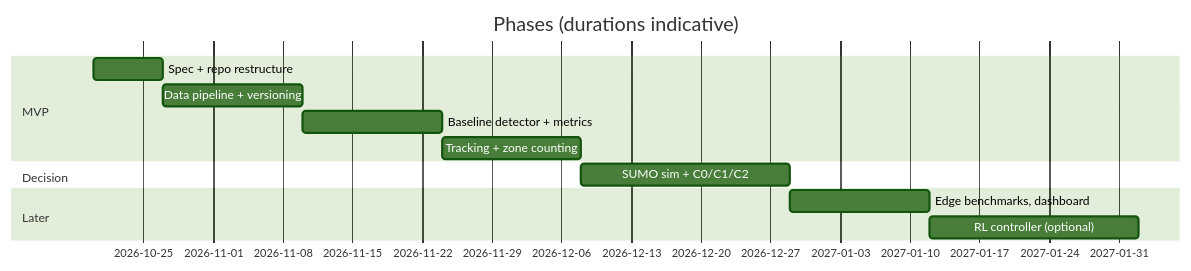
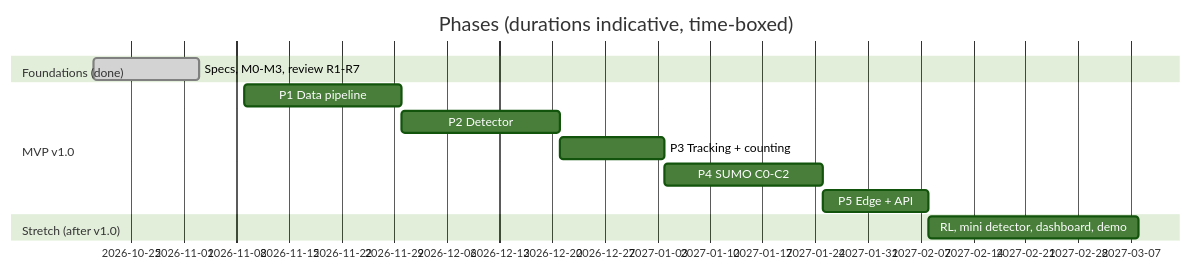
The fifth of 5 diagrams in functional_spec.md (adam04-D/vaso-traffic), drawn with Mermaid (forest theme) before and after one commit. The commit also changed other lines of this file and 10 other files, not shown here.

First line of the commit message:
docs: complete review R1 and R3 to R7, decide MVP and stack (#39)

````diff
--- a/functional_spec.md
+++ b/functional_spec.md
@@ -147,15 +147,15 @@
 ```mermaid
 gantt
     dateFormat  YYYY-MM-DD
-    title Phases (durations indicative)
-    section MVP
-    Spec + repo restructure       :a1, 2026-10-20, 7d
-    Data pipeline + versioning    :a2, after a1, 14d
-    Baseline detector + metrics   :a3, after a2, 14d
-    Tracking + zone counting      :a4, after a3, 14d
-    section Decision
-    SUMO sim + C0/C1/C2           :b1, after a4, 21d
-    section Later
-    Edge benchmarks, dashboard    :c1, after b1, 14d
-    RL controller (optional)      :c2, after c1, 21d
+    title Phases (durations indicative, time-boxed)
+    section Foundations (done)
+    Specs, M0-M3, review R1-R7     :done, f1, 2026-10-20, 14d
+    section MVP v1.0
+    P1 Data pipeline               :p1, 2026-11-09, 21d
+    P2 Detector                    :p2, after p1, 21d
+    P3 Tracking + counting         :p3, after p2, 14d
+    P4 SUMO C0-C2                  :p4, after p3, 21d
+    P5 Edge + API                  :p5, after p4, 14d
+    section Stretch (after v1.0)
+    RL, mini detector, dashboard, demo :s1, after p5, 28d
 ```
````
